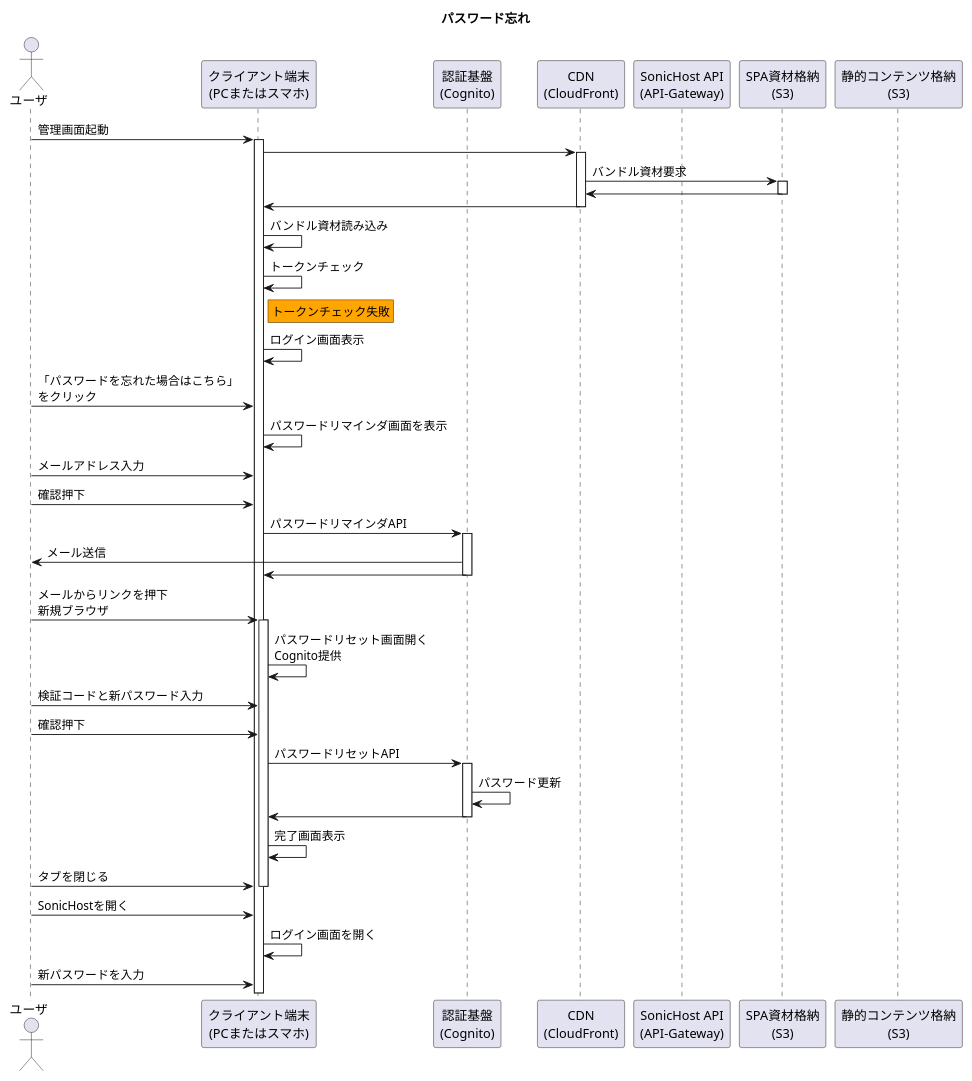
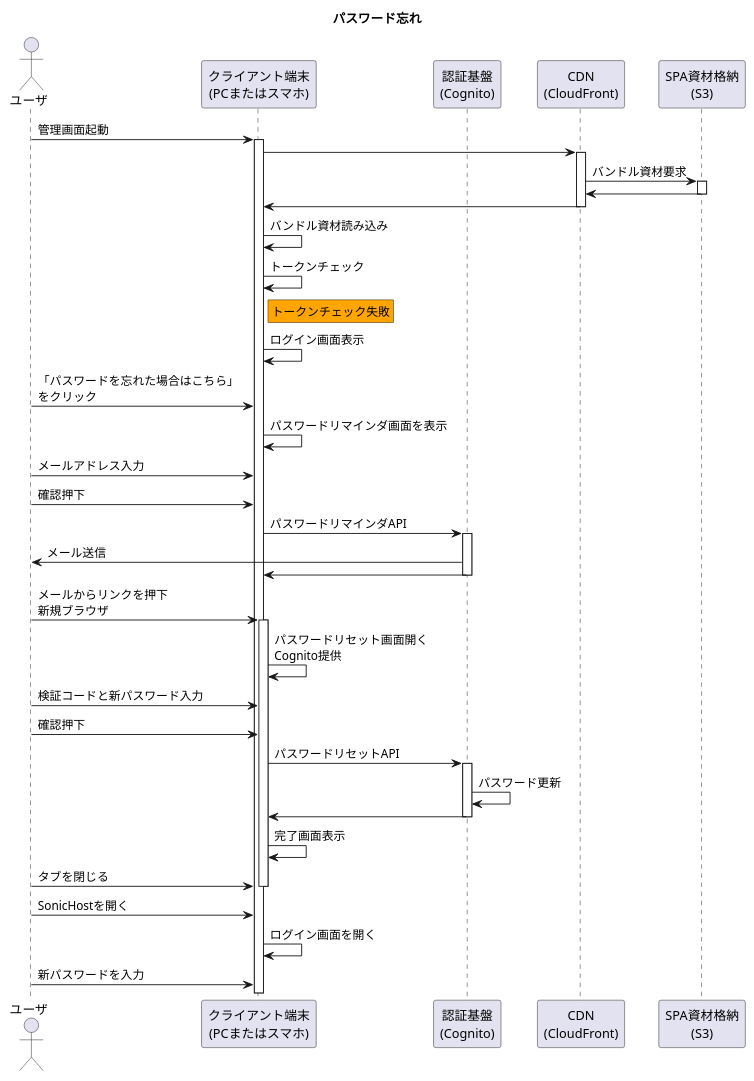
Before and after one commit to Sonic-Host/documents: the diagram in 01_Sequences/00_Authentication/01_ForgotPassword_Flow/forgotPasswordFlow.pu, drawn with PlantUML. The commit also changed 1 other file, not shown here.

```diff
--- a/01_Sequences/00_Authentication/01_ForgotPassword_Flow/forgotPasswordFlow.pu
+++ b/01_Sequences/00_Authentication/01_ForgotPassword_Flow/forgotPasswordFlow.pu
@@ -1,50 +1,48 @@
 @startuml パスワード忘れ
 title パスワード忘れ
 
 
 ' アクター定義
 actor "ユーザ" as user
 participant "クライアント端末\n(PCまたはスマホ)" as device
 participant "認証基盤\n(Cognito)" as cognito
 participant "CDN\n(CloudFront)" as cdn
-participant "SonicHost API\n(API-Gateway)" as api
 participant "SPA資材格納\n(S3)" as spa
-participant "静的コンテンツ格納\n(S3)" as static
 
 ' 起動
 user -> device ++ : 管理画面起動
 device -> cdn ++
 cdn -> spa ++ : バンドル資材要求
 cdn <- spa --
 device <- cdn --
 device ->device : バンドル資材読み込み
 device -> device: トークンチェック
 ' トークンチェック
 rnote right of device #Orange
     トークンチェック失敗
 end note
 device -> device : ログイン画面表示
 ' パスワードリマインダフロー
 user -> device : 「パスワードを忘れた場合はこちら」\nをクリック
 device -> device : パスワードリマインダ画面を表示
 user -> device : メールアドレス入力
 user -> device : 確認押下
 device -> cognito ++ : パスワードリマインダAPI
 cognito -> user : メール送信
 device <- cognito --
 user -> device ++ : メールからリンクを押下\n新規ブラウザ
 device -> device : パスワードリセット画面開く\nCognito提供
 user -> device : 検証コードと新パスワード入力
 user -> device : 確認押下
 device -> cognito ++ : パスワードリセットAPI
 cognito -> cognito : パスワード更新
 device <- cognito -- 
 device -> device : 完了画面表示
 user -> device : タブを閉じる
 deactivate device
 
 user -> device : SonicHostを開く
 device -> device : ログイン画面を開く
 user -> device : 新パスワードを入力
 
 @enduml
```
